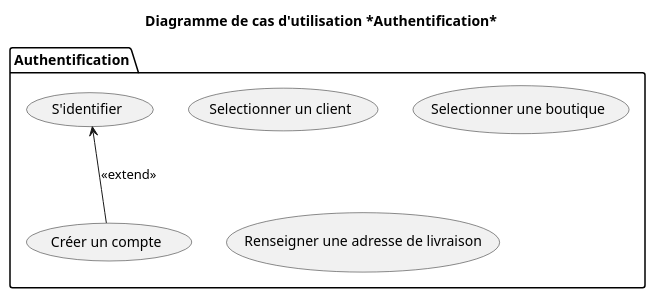
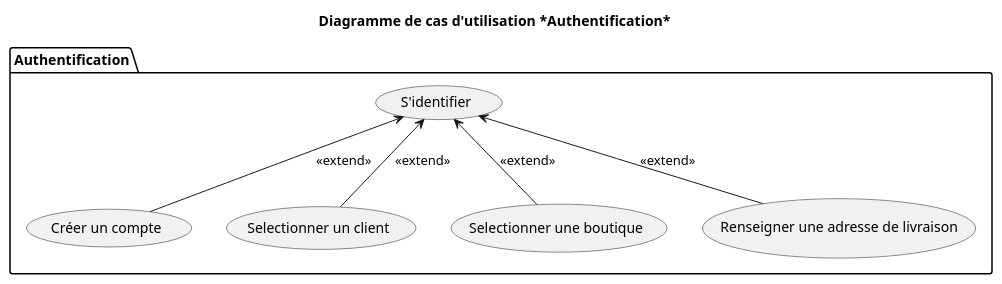
Before and after one commit to Zepmanbc/oc_dapython_pr4: the diagram in v2/uml/03_authentification.puml, drawn with PlantUML. The commit also changed 8 other files, not shown here.

Commit message:
intégration diagrammes d'activité + solution technique+ liste des fiches

```diff
--- a/v2/uml/03_authentification.puml
+++ b/v2/uml/03_authentification.puml
@@ -1,14 +1,17 @@
-@startuml 04_authentification
+@startuml 03_authentification
 title Diagramme de cas d'utilisation *Authentification*
 
 package Authentification{
     (S'identifier) as LOGIN
     (Créer un compte) as CREATE_LOGIN
     (Selectionner un client) as SELECT_CUSTOMER
     (Selectionner une boutique) as SELECT_STORE
     (Renseigner une adresse de livraison) as SET_DELIVER_ADRESS
 }
 
 LOGIN <-- CREATE_LOGIN : <<extend>>
+LOGIN <-- SELECT_STORE : <<extend>>
+LOGIN <-- SELECT_CUSTOMER : <<extend>>
+LOGIN <-- SET_DELIVER_ADRESS : <<extend>>
 
 @enduml
```
